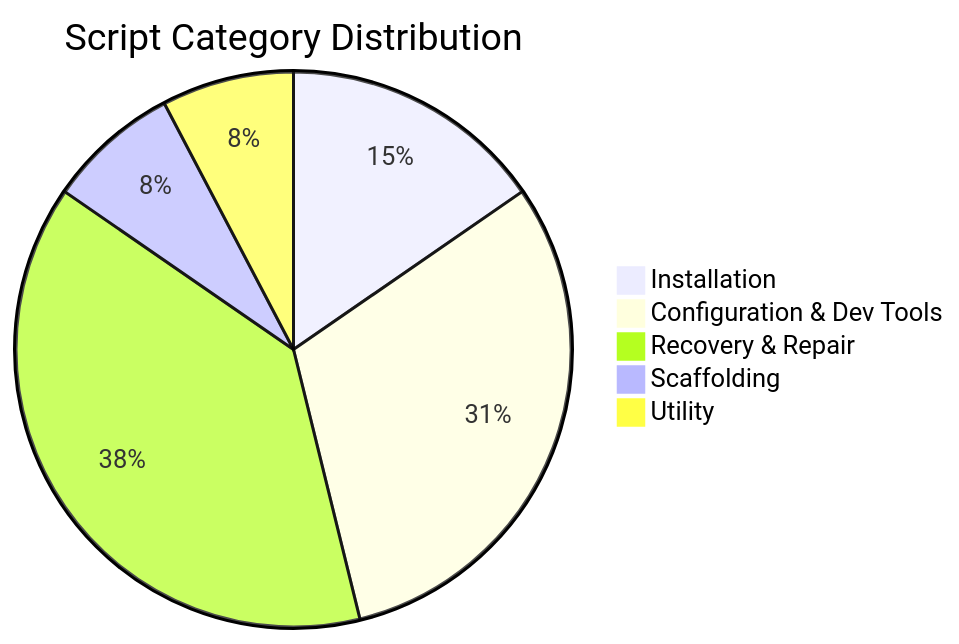
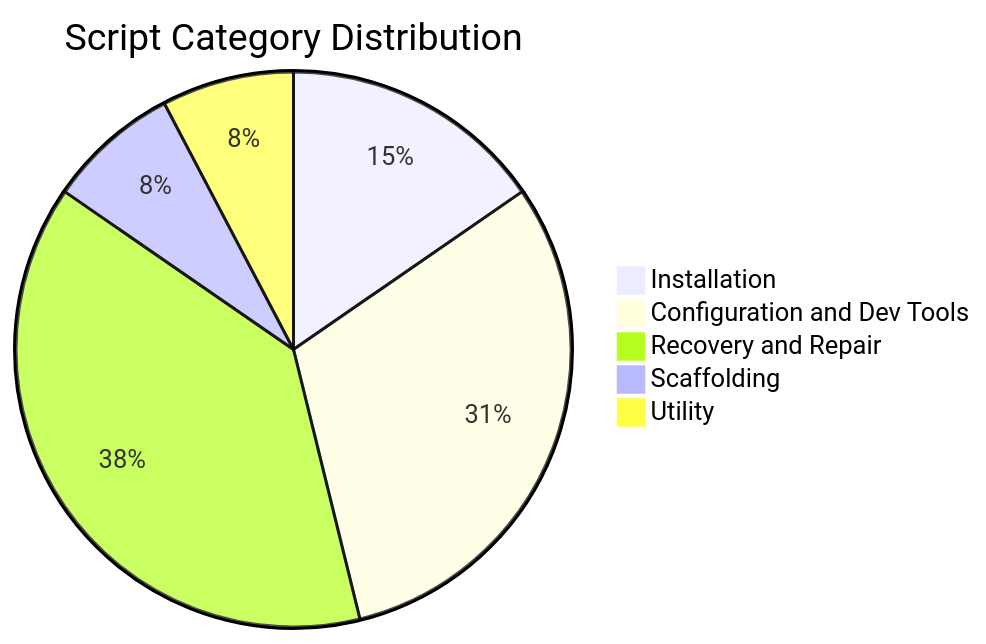
The second of 4 diagrams in README.md (hkevin01/arch-custom), drawn with Mermaid before and after one commit. The commit also changed other lines of this file, not shown here.

First line of the commit message:
docs: fix Mermaid rendering errors and expand OS configuration sections

````diff
--- a/README.md
+++ b/README.md
@@ -130,8 +141,8 @@
 ```mermaid
 pie title Script Category Distribution
     "Installation" : 2
-    "Configuration & Dev Tools" : 4
-    "Recovery & Repair" : 5
+    "Configuration and Dev Tools" : 4
+    "Recovery and Repair" : 5
     "Scaffolding" : 1
     "Utility" : 1
 ```
````
